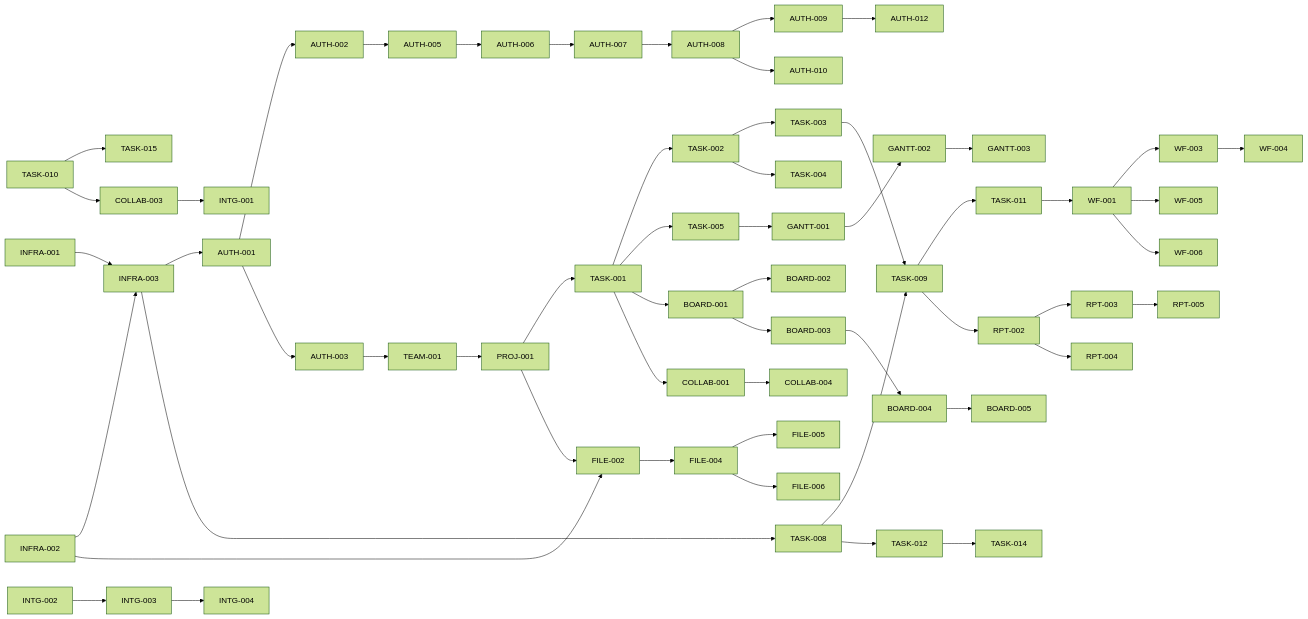
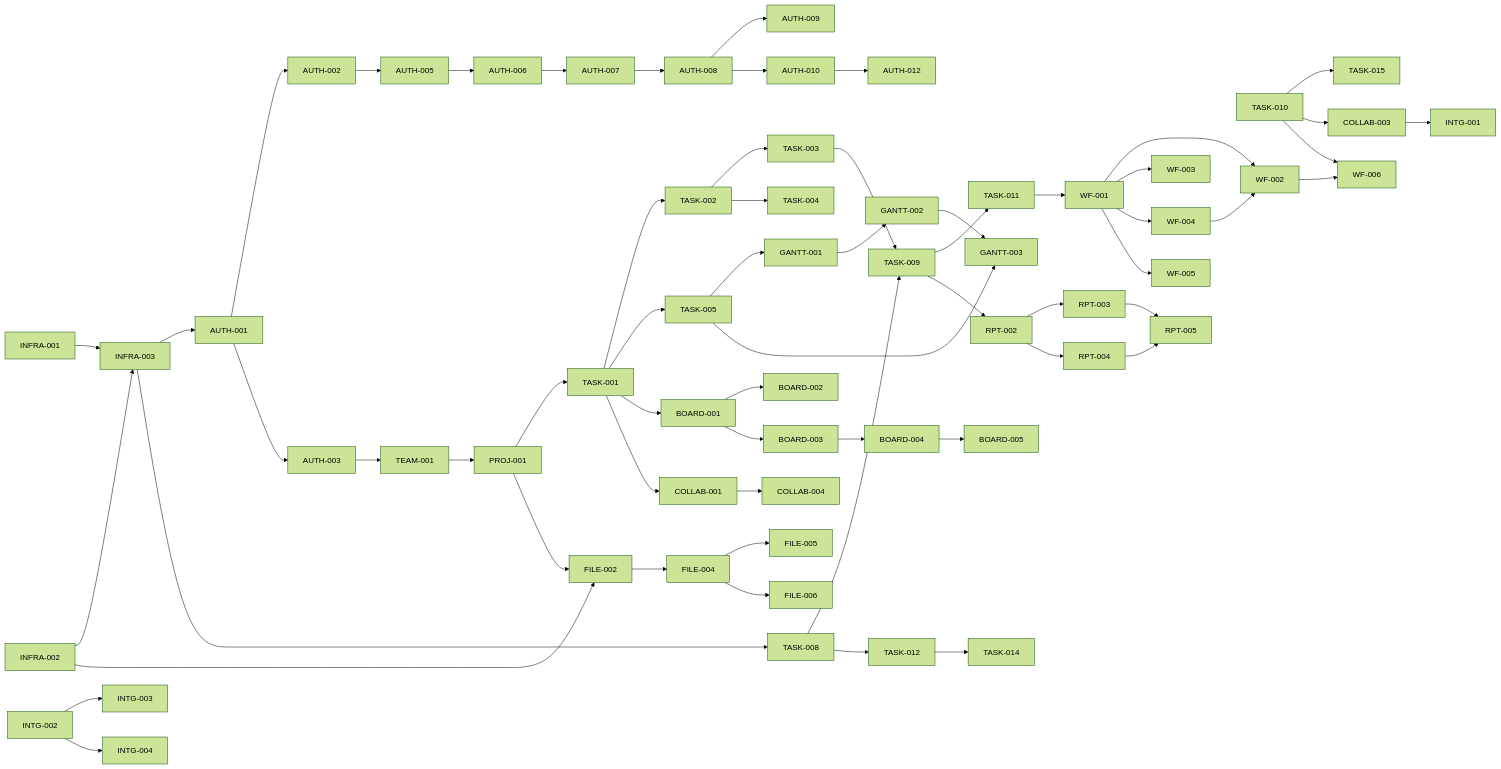
The third of 4 diagrams in docs/architecture/dependency-graph.md (RabbitAI-Lab/RabbitProjects), drawn with Mermaid (forest theme) before and after one commit. The commit also changed other lines of this file and 13 other files, not shown here.

````diff
--- a/docs/architecture/dependency-graph.md
+++ b/docs/architecture/dependency-graph.md
@@ -524,66 +526,71 @@
 ```mermaid
 graph LR
     INFRA001["INFRA-001"] --> INFRA003["INFRA-003"]
     INFRA002["INFRA-002"] --> INFRA003
     INFRA003 --> AUTH001["AUTH-001"]
     AUTH001 --> AUTH002["AUTH-002"]
     AUTH001 --> AUTH003["AUTH-003"]
     AUTH003 --> TEAM001["TEAM-001"]
     TEAM001 --> PROJ001["PROJ-001"]
     PROJ001 --> TASK001["TASK-001"]
 
     TASK001 --> TASK002["TASK-002"]
     TASK002 --> TASK003["TASK-003"]
     TASK002 --> TASK004["TASK-004"]
     TASK001 --> TASK005["TASK-005"]
     INFRA003 --> TASK008["TASK-008"]
     TASK003 --> TASK009["TASK-009"]
     TASK008 --> TASK009
     TASK009 --> TASK011["TASK-011"]
     TASK008 --> TASK012["TASK-012"]
     TASK012 --> TASK014["TASK-014"]
     TASK010["TASK-010"] --> TASK015["TASK-015"]
 
     TASK001 --> BOARD001["BOARD-001"]
     BOARD001 --> BOARD002["BOARD-002"]
     BOARD001 --> BOARD003["BOARD-003"]
     BOARD003 --> BOARD004["BOARD-004"]
     BOARD004 --> BOARD005["BOARD-005"]
 
     TASK005 --> GANTT001["GANTT-001"]
     GANTT001 --> GANTT002["GANTT-002"]
     GANTT002 --> GANTT003["GANTT-003"]
+    TASK005 --> GANTT003
 
     INFRA002 --> FILE002["FILE-002"]
     PROJ001 --> FILE002
     FILE002 --> FILE004["FILE-004"]
     FILE004 --> FILE005["FILE-005"]
     FILE004 --> FILE006["FILE-006"]
 
     TASK001 --> COLLAB001["COLLAB-001"]
     COLLAB001 --> COLLAB004["COLLAB-004"]
     TASK010 --> COLLAB003["COLLAB-003"]
 
     AUTH002 --> AUTH005["AUTH-005"]
     AUTH005 --> AUTH006["AUTH-006"]
     AUTH006 --> AUTH007["AUTH-007"]
     AUTH007 --> AUTH008["AUTH-008"]
     AUTH008 --> AUTH009["AUTH-009"]
     AUTH008 --> AUTH010["AUTH-010"]
-    AUTH009 --> AUTH012["AUTH-012"]
+    AUTH010 --> AUTH012["AUTH-012"]
 
     TASK011 --> WF001["WF-001"]
+    WF001 --> WF002["WF-002"]
     WF001 --> WF003["WF-003"]
-    WF003 --> WF004["WF-004"]
+    WF001 --> WF004["WF-004"]
+    WF004 --> WF002
     WF001 --> WF005["WF-005"]
-    WF001 --> WF006["WF-006"]
+    WF002 --> WF006["WF-006"]
+    TASK010 --> WF006
 
     COLLAB003 --> INTG001["INTG-001"]
     INTG002["INTG-002"] --> INTG003["INTG-003"]
-    INTG003 --> INTG004["INTG-004"]
+    INTG002 --> INTG004["INTG-004"]
 
     TASK009 --> RPT002["RPT-002"]
     RPT002 --> RPT003["RPT-003"]
     RPT002 --> RPT004["RPT-004"]
     RPT003 --> RPT005["RPT-005"]
+    RPT004 --> RPT005
 ```
````
